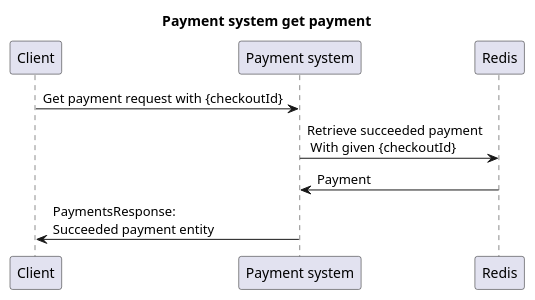
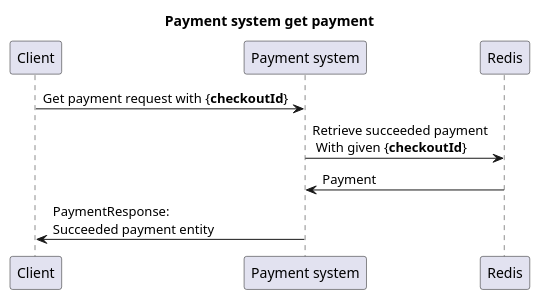
Before and after one commit to Nouuu/microservice-payment: the diagram in GetPayment.puml, drawn with PlantUML. The commit also changed 4 other files, not shown here.

Commit message:
reformat uml

```diff
--- a/GetPayment.puml
+++ b/GetPayment.puml
@@ -1,8 +1,8 @@
 @startuml
 title Payment system get payment
 
-Client -> "Payment system": Get payment request with {checkoutId}
-"Payment system" -> "Redis": Retrieve succeeded payment\n With given {checkoutId}
+Client -> "Payment system": Get payment request with {**checkoutId**}
+"Payment system" -> "Redis": Retrieve succeeded payment\n With given {**checkoutId**}
 "Redis" -> "Payment system": Payment
-"Payment system" -> Client: PaymentsResponse: \nSucceeded payment entity
+"Payment system" -> Client: PaymentResponse: \nSucceeded payment entity
 @enduml
```
